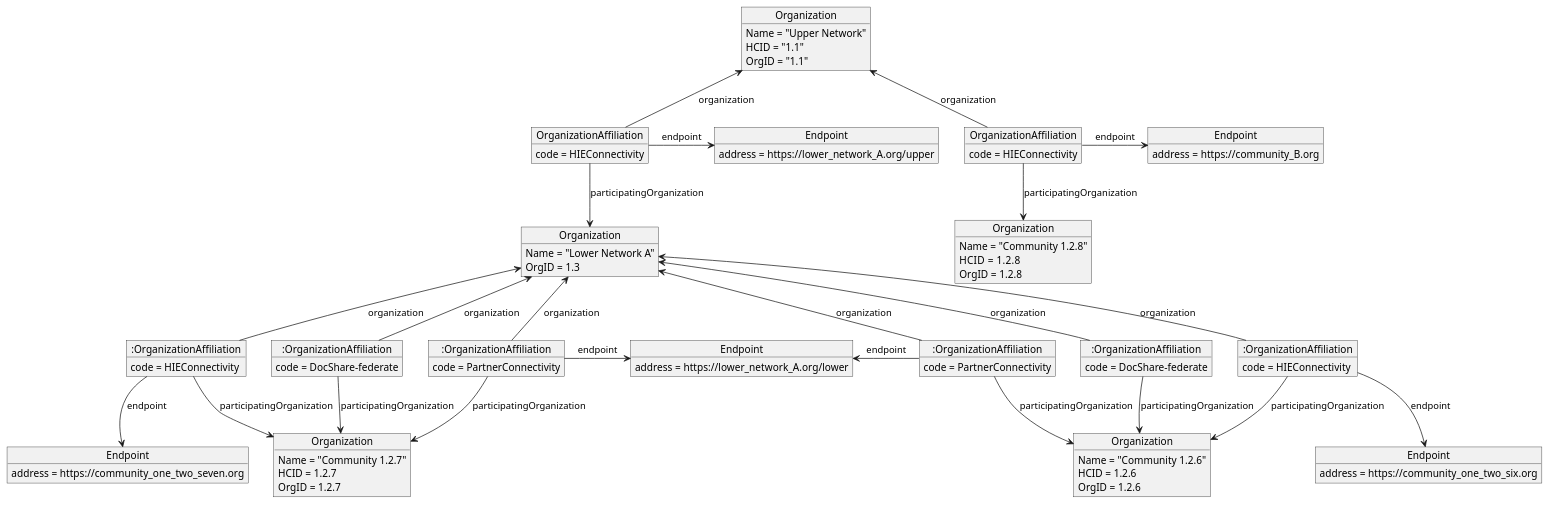
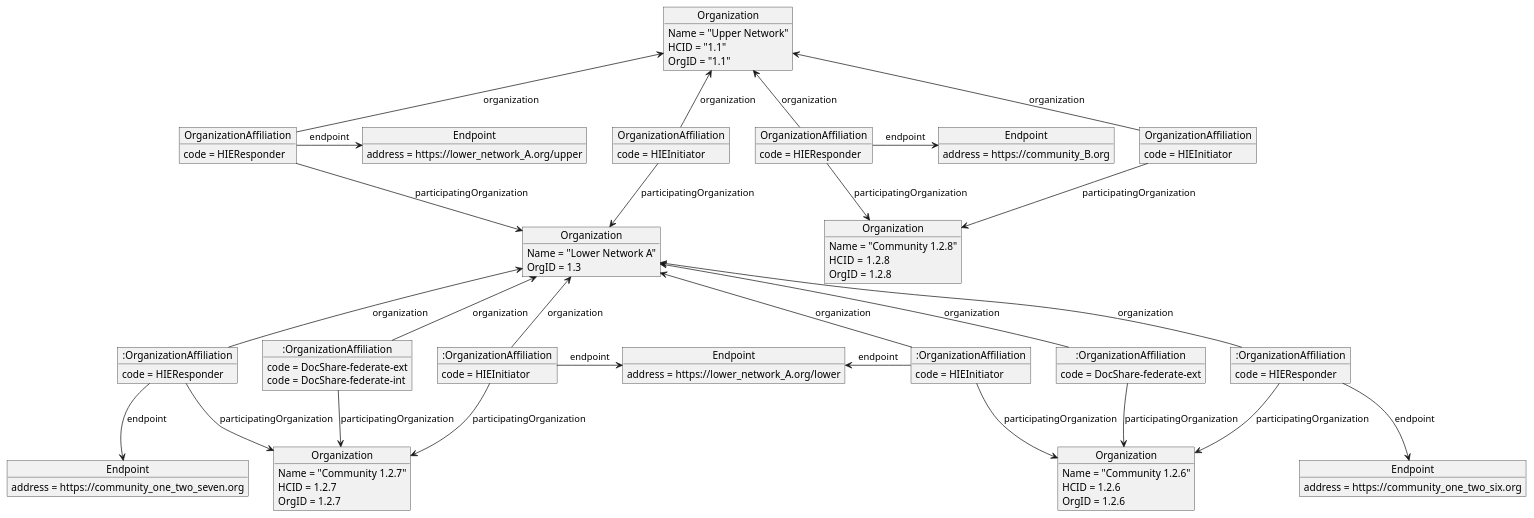
Before and after one commit to IHE/ITI.Topologies: the diagram in images-source/mln-dir.plantuml, drawn with PlantUML. The commit also changed other lines of this file and 12 other files, not shown here.

```diff
--- a/images-source/mln-dir.plantuml
+++ b/images-source/mln-dir.plantuml
@@ -1,84 +1,95 @@
 @startuml mln-dir
 hide footbox
 
 object "Endpoint" as EndpointA
 EndpointA : address = https://lower_network_A.org/upper
 object "Endpoint" as EndpointB
 EndpointB : address = https://community_B.org
 object "Endpoint" as Endpoint6
 Endpoint6 : address = https://community_one_two_six.org
 object "Endpoint" as Endpoint7
 Endpoint7 : address = https://community_one_two_seven.org
 
 object "Organization" as LNA
 LNA : Name = "Lower Network A"
 LNA : OrgID = 1.3
 object "Organization" as HC7
 HC7 : Name = "Community 1.2.7"
 HC7 : HCID = 1.2.7
 HC7 : OrgID = 1.2.7
 object "Organization" as HC6
 HC6 : Name = "Community 1.2.6"
 HC6 : HCID = 1.2.6
 HC6 : OrgID = 1.2.6
 
 object "Organization" as HC8
 HC8 : Name = "Community 1.2.8"
 HC8 : HCID =  1.2.8
 HC8 : OrgID = 1.2.8
 
 object "Organization" as UN
 UN : Name = "Upper Network"
 UN : HCID = "1.1"
 UN : OrgID = "1.1"
 
 object ":OrganizationAffiliation" as OrgAff7HIE
-OrgAff7HIE : code = HIEConnectivity
+OrgAff7HIE : code = HIEResponder
 OrgAff7HIE --> HC7 : participatingOrganization
 LNA <-- OrgAff7HIE : organization
 OrgAff7HIE --> Endpoint7 : endpoint
 
 object ":OrganizationAffiliation" as OrgAff7
-OrgAff7 : code = DocShare-federate
+OrgAff7 : code = DocShare-federate-ext
+OrgAff7 : code = DocShare-federate-int
 OrgAff7 --> HC7 : participatingOrganization
 LNA <-- OrgAff7 : organization
 
 object ":OrganizationAffiliation" as OrgAff6
-OrgAff6 : code = DocShare-federate
+OrgAff6 : code = DocShare-federate-ext
 OrgAff6 --> HC6 : participatingOrganization
 LNA <-- OrgAff6 : organization
 
 together {
     object ":OrganizationAffiliation" as OrgAff6Peer
-    OrgAff6Peer : code = PartnerConnectivity
+    OrgAff6Peer : code = HIEInitiator
     OrgAff6Peer --> HC6 : participatingOrganization
     LNA <-- OrgAff6Peer : organization
     object "Endpoint" as EndpointAD
     EndpointAD : address = https://lower_network_A.org/lower
     object ":OrganizationAffiliation" as OrgAff7Peer
-    OrgAff7Peer : code = PartnerConnectivity
+    OrgAff7Peer : code = HIEInitiator
     OrgAff7Peer --> HC7 : participatingOrganization
     LNA <-- OrgAff7Peer : organization
     OrgAff7Peer -> EndpointAD : endpoint
     EndpointAD <- OrgAff6Peer : endpoint
 }
 
 object ":OrganizationAffiliation" as OrgAff6HIE
-OrgAff6HIE : code = HIEConnectivity
+OrgAff6HIE : code = HIEResponder
 OrgAff6HIE --> HC6 : participatingOrganization
 LNA <-- OrgAff6HIE : organization
 OrgAff6HIE --> Endpoint6 : endpoint
 
-object "OrganizationAffiliation" as OrgAffA
-OrgAffA : code = HIEConnectivity
-OrgAffA --> LNA : participatingOrganization
-OrgAffA -> EndpointA : endpoint
-UN <-- OrgAffA : organization
+object "OrganizationAffiliation" as OrgAffAR
+OrgAffAR : code = HIEResponder
+OrgAffAR --> LNA : participatingOrganization
+OrgAffAR -> EndpointA : endpoint
+UN <-- OrgAffAR : organization
 
-object "OrganizationAffiliation" as OrgAffB
-OrgAffB : code = HIEConnectivity
-OrgAffB --> HC8 : participatingOrganization
-OrgAffB -> EndpointB : endpoint
-UN <-- OrgAffB : organization
+object "OrganizationAffiliation" as OrgAffBR
+OrgAffBR : code = HIEResponder
+OrgAffBR --> HC8 : participatingOrganization
+OrgAffBR -> EndpointB : endpoint
+UN <-- OrgAffBR : organization
+
+object "OrganizationAffiliation" as OrgAffAI
+OrgAffAI : code = HIEInitiator
+OrgAffAI --> LNA : participatingOrganization
+UN <-- OrgAffAI : organization
+
+object "OrganizationAffiliation" as OrgAffBI
+OrgAffBI : code = HIEInitiator
+OrgAffBI --> HC8 : participatingOrganization
+UN <-- OrgAffBI : organization
 
 @enduml
```
